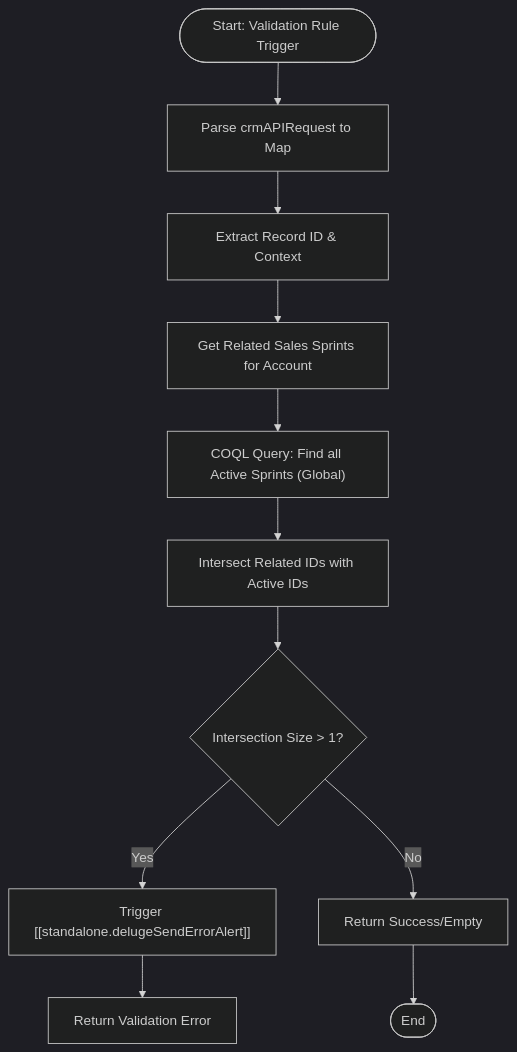
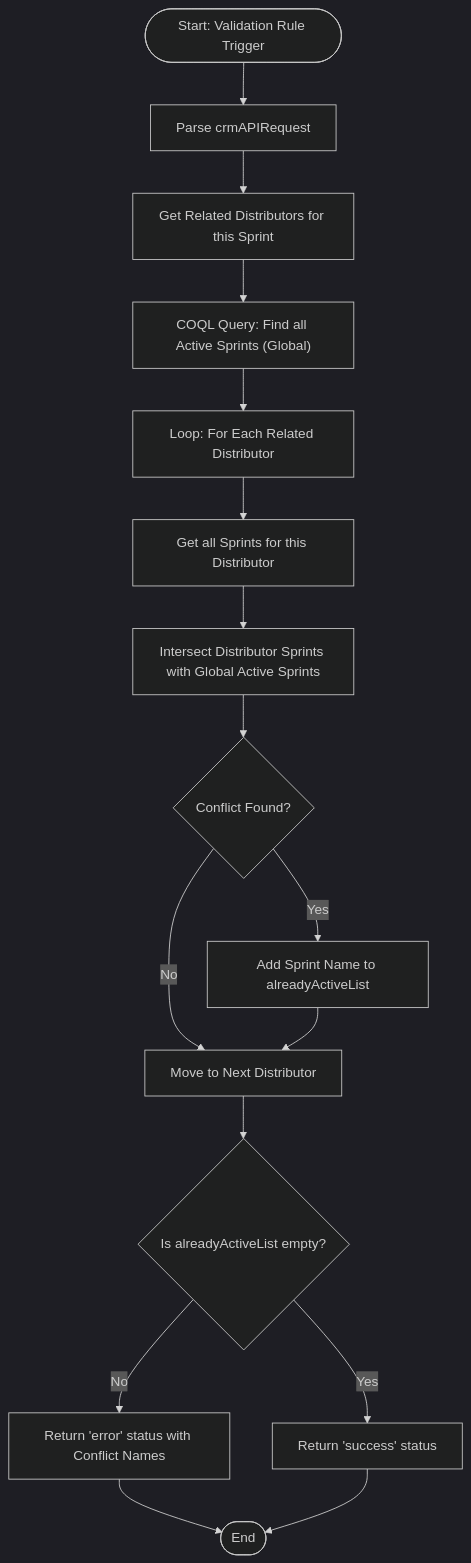
The diagram in scripts/sendToActiveCampaignLimit/sendToActiveCampaignLimit.md (martinkp93/zoho-scripts), drawn with Mermaid (dark theme) before and after one commit. The commit also changed other lines of this file, not shown here.

Commit message:
Update sendToActiveCampaignLimit.md docs via DeluluDocu

````diff
--- a/scripts/sendToActiveCampaignLimit/sendToActiveCampaignLimit.md
+++ b/scripts/sendToActiveCampaignLimit/sendToActiveCampaignLimit.md
@@ -33,13 +31,18 @@
 ```mermaid
 graph TD
-    Start(["Start: Validation Rule Trigger"]) --> Parse["Parse crmAPIRequest to Map"]
-    Parse --> Extract["Extract Record ID & Context"]
-    Extract --> Related["Get Related Sales Sprints for Account"]
-    Related --> COQL["COQL Query: Find all Active Sprints (Global)"]
-    COQL --> Intersect["Intersect Related IDs with Active IDs"]
-    Intersect --> Check{"Intersection Size > 1?"}
-    Check -- "Yes" --> Alert["Trigger [[standalone.delugeSendErrorAlert]]"]
-    Alert --> Error["Return Validation Error"]
-    Check -- "No" --> Success["Return Success/Empty"]
-    Success --> End(["End"])
+    Start(["Start: Validation Rule Trigger"]) --> Parse["Parse crmAPIRequest"]
+    Parse --> GetDistributors["Get Related Distributors for this Sprint"]
+    GetDistributors --> COQL["COQL Query: Find all Active Sprints (Global)"]
+    COQL --> LoopDistributors["Loop: For Each Related Distributor"]
+    LoopDistributors --> GetDistributorSprints["Get all Sprints for this Distributor"]
+    GetDistributorSprints --> Intersect["Intersect Distributor Sprints with Global Active Sprints"]
+    Intersect --> CheckConflict{"Conflict Found?"}
+    CheckConflict -- "Yes" --> BuildConflictList["Add Sprint Name to alreadyActiveList"]
+    CheckConflict -- "No" --> NextDistributor["Move to Next Distributor"]
+    BuildConflictList --> NextDistributor
+    NextDistributor --> FinalCheck{"Is alreadyActiveList empty?"}
+    FinalCheck -- "No" --> Error["Return 'error' status with Conflict Names"]
+    FinalCheck -- "Yes" --> Success["Return 'success' status"]
+    Error --> End(["End"])
+    Success --> End
 ```
````
